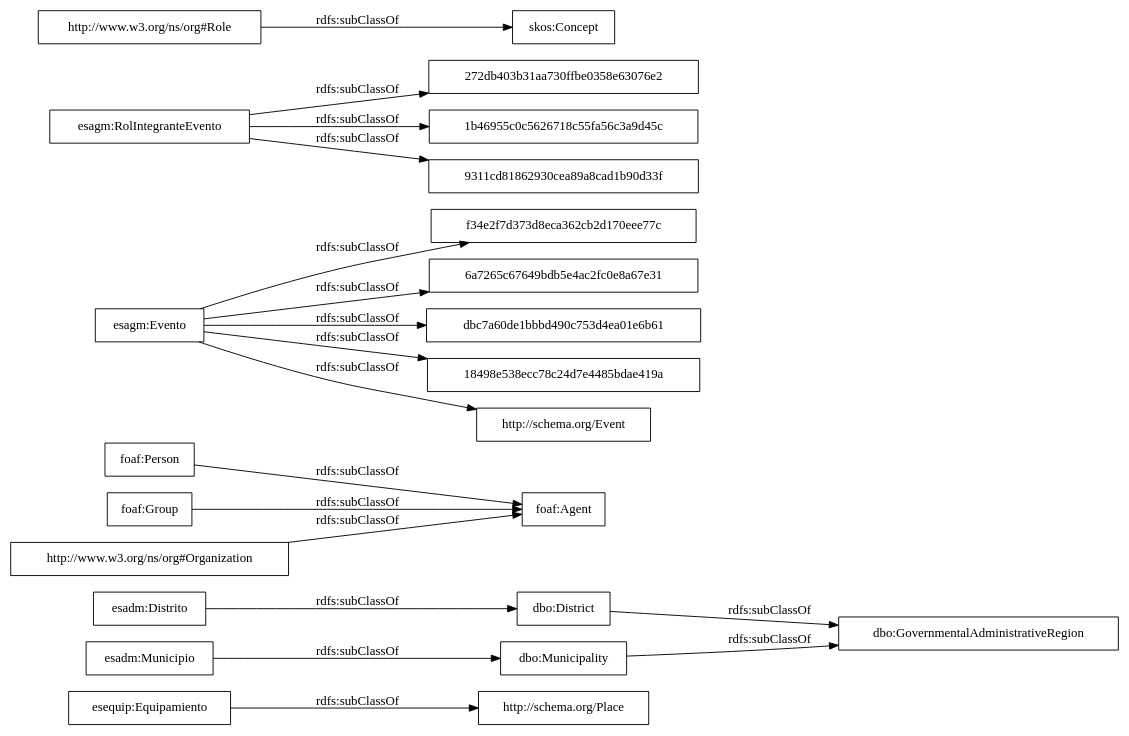
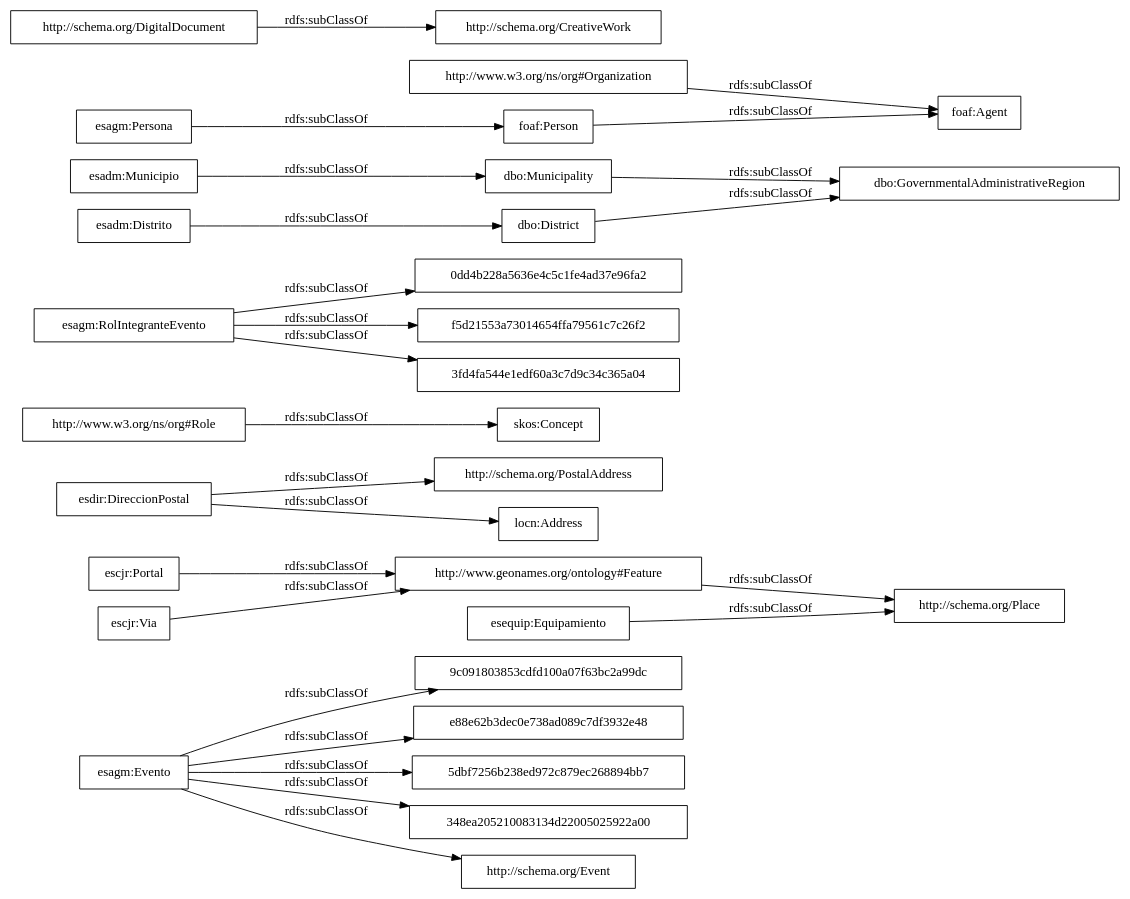
The diagram in OnToology/ontology/agenda-municipal.owl/diagrams/ar2dtool-taxonomy/agenda-municipal.owl.png.dot (CiudadesAbiertas/vocab-sector-publico-agenda-municipal), drawn with Graphviz before and after one commit. The commit also changed 22 other files, not shown here.

```diff
--- a/OnToology/ontology/agenda-municipal.owl/diagrams/ar2dtool-taxonomy/agenda-municipal.owl.png.dot
+++ b/OnToology/ontology/agenda-municipal.owl/diagrams/ar2dtool-taxonomy/agenda-municipal.owl.png.dot
@@ -1,23 +1,29 @@
 digraph ar2dtool_diagram { 
 rankdir=LR;
 size="1000"
-node [shape = rectangle, color="black"]; "esequip:Equipamiento" "dbo:GovernmentalAdministrativeRegion" "foaf:Agent" "f34e2f7d373d8eca362cb2d170eee77c" "272db403b31aa730ffbe0358e63076e2" "dbo:District" "1b46955c0c5626718c55fa56c3a9d45c" "6a7265c67649bdb5e4ac2fc0e8a67e31" "dbc7a60de1bbbd490c753d4ea01e6b61" "18498e538ecc78c24d7e4485bdae419a" "esagm:Evento" "http://schema.org/Event" "foaf:Person" "esadm:Distrito" "dbo:Municipality" "9311cd81862930cea89a8cad1b90d33f" "foaf:Group" "skos:Concept" "esagm:RolIntegranteEvento" "esadm:Municipio" "http://www.w3.org/ns/org#Organization" "http://www.w3.org/ns/org#Role" "http://schema.org/Place" ; /*classes style*/
-	"foaf:Group" -> "foaf:Agent" [ label = "rdfs:subClassOf" ];
+node [shape = rectangle, color="black"]; "9c091803853cdfd100a07f63bc2a99dc" "escjr:Portal" "esdir:DireccionPostal" "http://www.w3.org/ns/org#Role" "http://www.geonames.org/ontology#Feature" "esagm:RolIntegranteEvento" "e88e62b3dec0e738ad089c7df3932e48" "escjr:Via" "esagm:Evento" "esadm:Municipio" "foaf:Person" "http://schema.org/PostalAddress" "http://schema.org/CreativeWork" "0dd4b228a5636e4c5c1fe4ad37e96fa2" "f5d21553a73014654ffa79561c7c26f2" "locn:Address" "http://www.w3.org/ns/org#Organization" "esagm:Persona" "foaf:Agent" "dbo:GovernmentalAdministrativeRegion" "3fd4fa544e1edf60a3c7d9c34c365a04" "5dbf7256b238ed972c879ec268894bb7" "skos:Concept" "http://schema.org/Place" "348ea205210083134d22005025922a00" "http://schema.org/DigitalDocument" "dbo:District" "http://schema.org/Event" "esequip:Equipamiento" "dbo:Municipality" "esadm:Distrito" ; /*classes style*/
+	"http://www.geonames.org/ontology#Feature" -> "http://schema.org/Place" [ label = "rdfs:subClassOf" ];
 	"http://www.w3.org/ns/org#Organization" -> "foaf:Agent" [ label = "rdfs:subClassOf" ];
 	"http://www.w3.org/ns/org#Role" -> "skos:Concept" [ label = "rdfs:subClassOf" ];
 	"foaf:Person" -> "foaf:Agent" [ label = "rdfs:subClassOf" ];
 	"esadm:Distrito" -> "dbo:District" [ label = "rdfs:subClassOf" ];
+	"esagm:Persona" -> "foaf:Person" [ label = "rdfs:subClassOf" ];
 	"dbo:Municipality" -> "dbo:GovernmentalAdministrativeRegion" [ label = "rdfs:subClassOf" ];
+	"escjr:Portal" -> "http://www.geonames.org/ontology#Feature" [ label = "rdfs:subClassOf" ];
 	"dbo:District" -> "dbo:GovernmentalAdministrativeRegion" [ label = "rdfs:subClassOf" ];
+	"esagm:Evento" -> "348ea205210083134d22005025922a00" [ label = "rdfs:subClassOf" ];
 	"esagm:Evento" -> "http://schema.org/Event" [ label = "rdfs:subClassOf" ];
-	"esagm:Evento" -> "6a7265c67649bdb5e4ac2fc0e8a67e31" [ label = "rdfs:subClassOf" ];
-	"esagm:Evento" -> "f34e2f7d373d8eca362cb2d170eee77c" [ label = "rdfs:subClassOf" ];
-	"esagm:Evento" -> "dbc7a60de1bbbd490c753d4ea01e6b61" [ label = "rdfs:subClassOf" ];
-	"esagm:Evento" -> "18498e538ecc78c24d7e4485bdae419a" [ label = "rdfs:subClassOf" ];
+	"esagm:Evento" -> "9c091803853cdfd100a07f63bc2a99dc" [ label = "rdfs:subClassOf" ];
+	"esagm:Evento" -> "e88e62b3dec0e738ad089c7df3932e48" [ label = "rdfs:subClassOf" ];
+	"esagm:Evento" -> "5dbf7256b238ed972c879ec268894bb7" [ label = "rdfs:subClassOf" ];
 	"esequip:Equipamiento" -> "http://schema.org/Place" [ label = "rdfs:subClassOf" ];
-	"esagm:RolIntegranteEvento" -> "9311cd81862930cea89a8cad1b90d33f" [ label = "rdfs:subClassOf" ];
-	"esagm:RolIntegranteEvento" -> "272db403b31aa730ffbe0358e63076e2" [ label = "rdfs:subClassOf" ];
-	"esagm:RolIntegranteEvento" -> "1b46955c0c5626718c55fa56c3a9d45c" [ label = "rdfs:subClassOf" ];
+	"escjr:Via" -> "http://www.geonames.org/ontology#Feature" [ label = "rdfs:subClassOf" ];
+	"http://schema.org/DigitalDocument" -> "http://schema.org/CreativeWork" [ label = "rdfs:subClassOf" ];
+	"esagm:RolIntegranteEvento" -> "f5d21553a73014654ffa79561c7c26f2" [ label = "rdfs:subClassOf" ];
+	"esagm:RolIntegranteEvento" -> "0dd4b228a5636e4c5c1fe4ad37e96fa2" [ label = "rdfs:subClassOf" ];
+	"esagm:RolIntegranteEvento" -> "3fd4fa544e1edf60a3c7d9c34c365a04" [ label = "rdfs:subClassOf" ];
+	"esdir:DireccionPostal" -> "locn:Address" [ label = "rdfs:subClassOf" ];
+	"esdir:DireccionPostal" -> "http://schema.org/PostalAddress" [ label = "rdfs:subClassOf" ];
 	"esadm:Municipio" -> "dbo:Municipality" [ label = "rdfs:subClassOf" ];
 
 }
```
